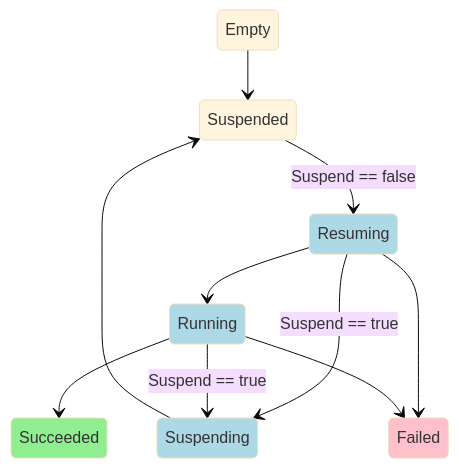
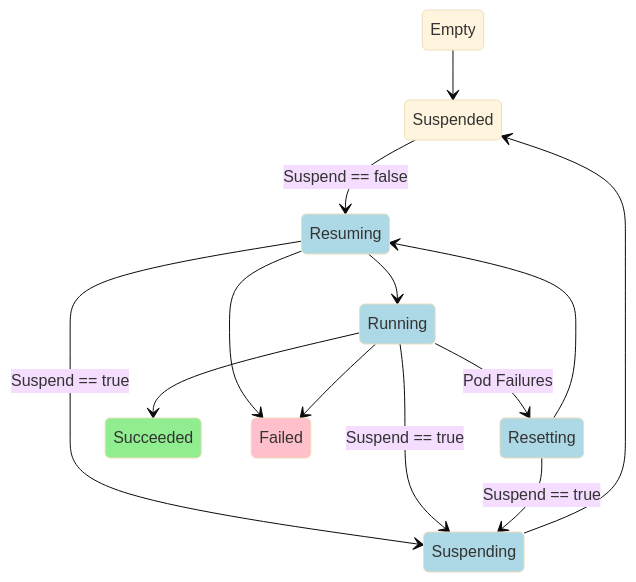
The diagram in docs/state-diagram.md (project-codeflare/appwrapper), drawn with Mermaid (base theme) before and after one commit. The commit also changed 12 other files, not shown here.

````diff
--- a/docs/state-diagram.md
+++ b/docs/state-diagram.md
@@ -19,37 +19,42 @@
 ```mermaid
 stateDiagram-v2
     e : Empty
 
     sd : Suspended
     rs : Resuming
     rn : Running
+    rt : Resetting
     sg : Suspending
     s  : Succeeded
     f  : Failed
 
     %% Happy Path
     e --> sd
     sd --> rs : Suspend == false
     rs --> rn
     rn --> s
 
     %% Requeuing
     rs --> sg : Suspend == true
     rn --> sg : Suspend == true
+    rt --> sg : Suspend == true
     sg --> sd
 
     %% Failures
     rs --> f
     rn --> f
+    rn --> rt : Pod Failures
+    rt --> rs
 
     classDef quota fill:lightblue
     class rs quota
     class rn quota
+    class rt quota
     class sg quota
 
     classDef failed fill:pink
     class f failed
 
     classDef succeeded fill:lightgreen
     class s succeeded
 ```
````
